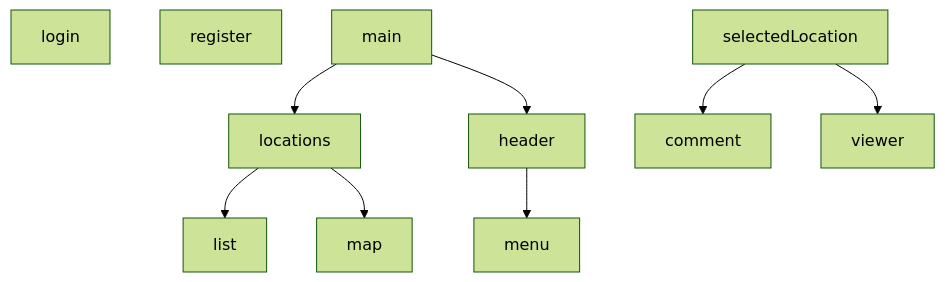
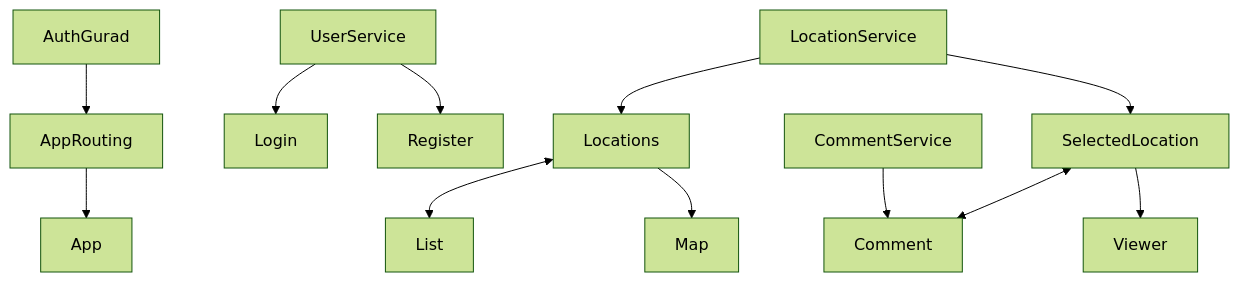
One commit to bpozsgai9/balatoni-latnivalok changed the diagram in README.md. Above: the diagram before and after it, drawn with Mermaid (forest theme). The commit also changed other lines of this file, not shown here.

````diff
--- a/README.md
+++ b/README.md
@@ -10,16 +28,18 @@
 ```mermaid
+graph TD;
 
-    graph TD;
-    login;
-    register;
+  AuthGurad-->AppRouting;
+  AppRouting-->App;
+  
+  UserService-->Login;
+  UserService-->Register;
 
-    main-->locations;
-    main-->header;
-    header-->menu;
-
-    locations-->list;
-    locations-->map;
-
-    selectedLocation-->comment;
-    selectedLocation-->viewer;
+  LocationService-->Locations;
+  Locations<-->List;
+  Locations-->Map;
+  
+  LocationService-->SelectedLocation;
+  CommentService-->Comment;
+  SelectedLocation<-->Comment;
+  SelectedLocation-->Viewer;
 ```
````
